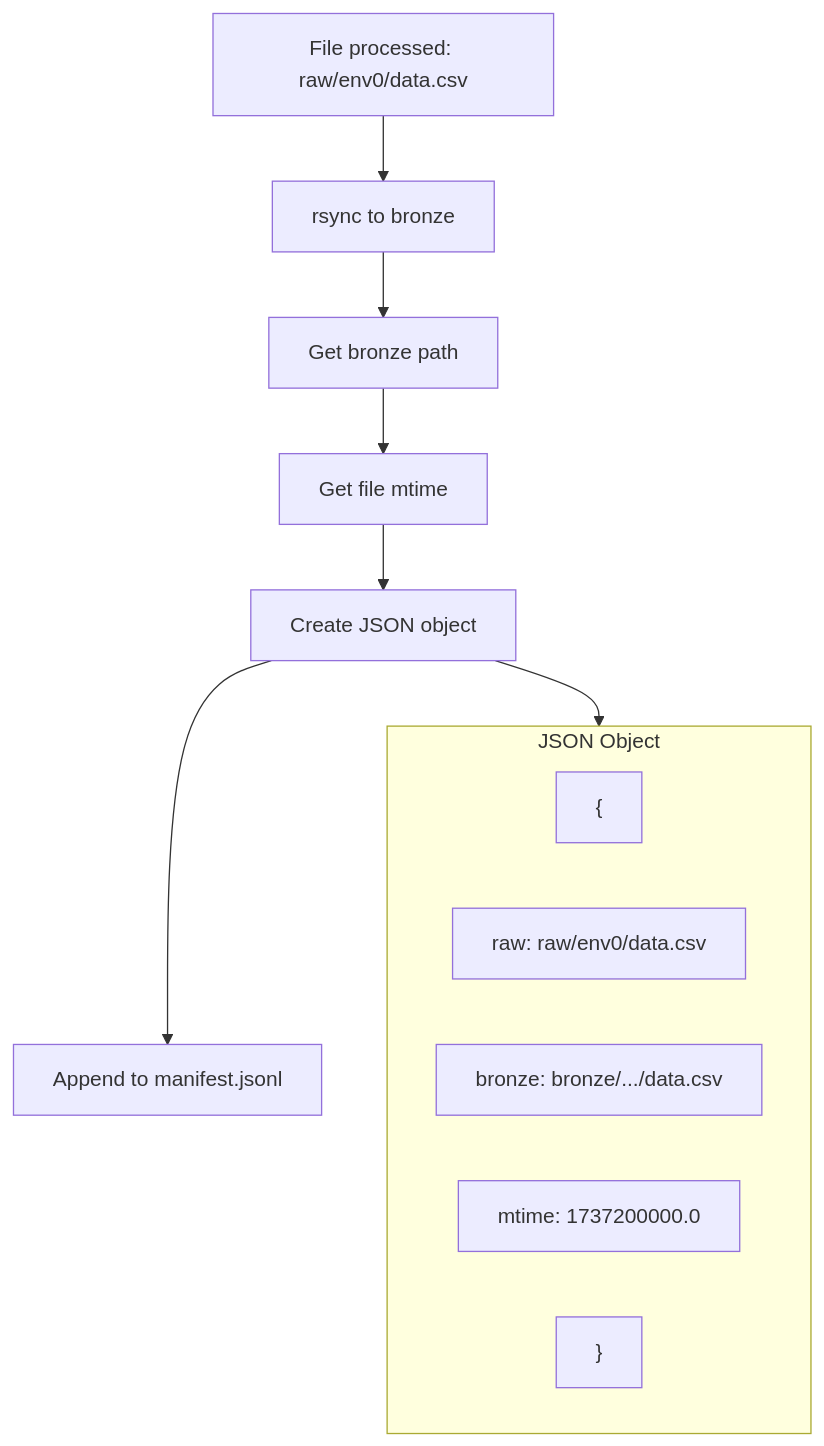
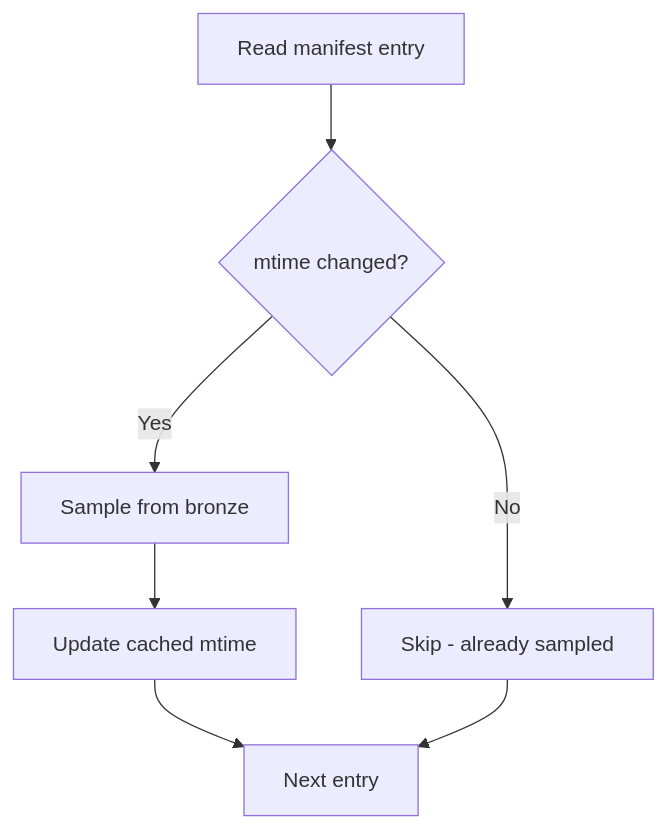
Before and after one commit to ThanuMahee12/AgentContext: diagram 19 of 22 in docs/brainstorms/staging-manifest.md, drawn with Mermaid. The commit also changed other lines of this file, not shown here.

Commit message:
docs: complete staging-manifest design with end-to-end diagrams

````diff
--- a/docs/brainstorms/staging-manifest.md
+++ b/docs/brainstorms/staging-manifest.md
@@ -177,18 +467,9 @@
 ```mermaid
 flowchart TD
-    A["File processed: raw/env0/data.csv"] --> B["rsync to bronze"]
-    B --> C["Get bronze path"]
-    C --> D["Get file mtime"]
-    D --> E["Create JSON object"]
-    E --> F["Append to manifest.jsonl"]
-
-    subgraph JSON["JSON Object"]
-        J1["{"]
-        J2["  raw: raw/env0/data.csv"]
-        J3["  bronze: bronze/.../data.csv"]
-        J4["  mtime: 1737200000.0"]
-        J5["}"]
-    end
-
-    E --> JSON
+    A["Read manifest entry"] --> B{"mtime changed?"}
+    B -->|Yes| C["Sample from bronze"]
+    B -->|No| D["Skip - already sampled"]
+    C --> E["Update cached mtime"]
+    E --> F["Next entry"]
+    D --> F
 ```
````
